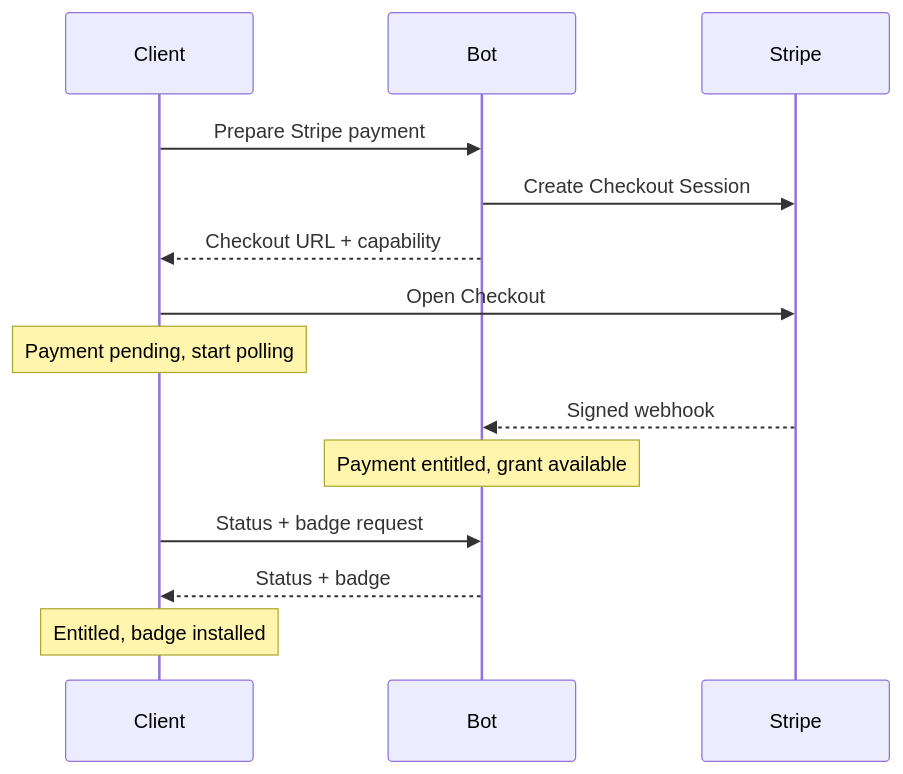
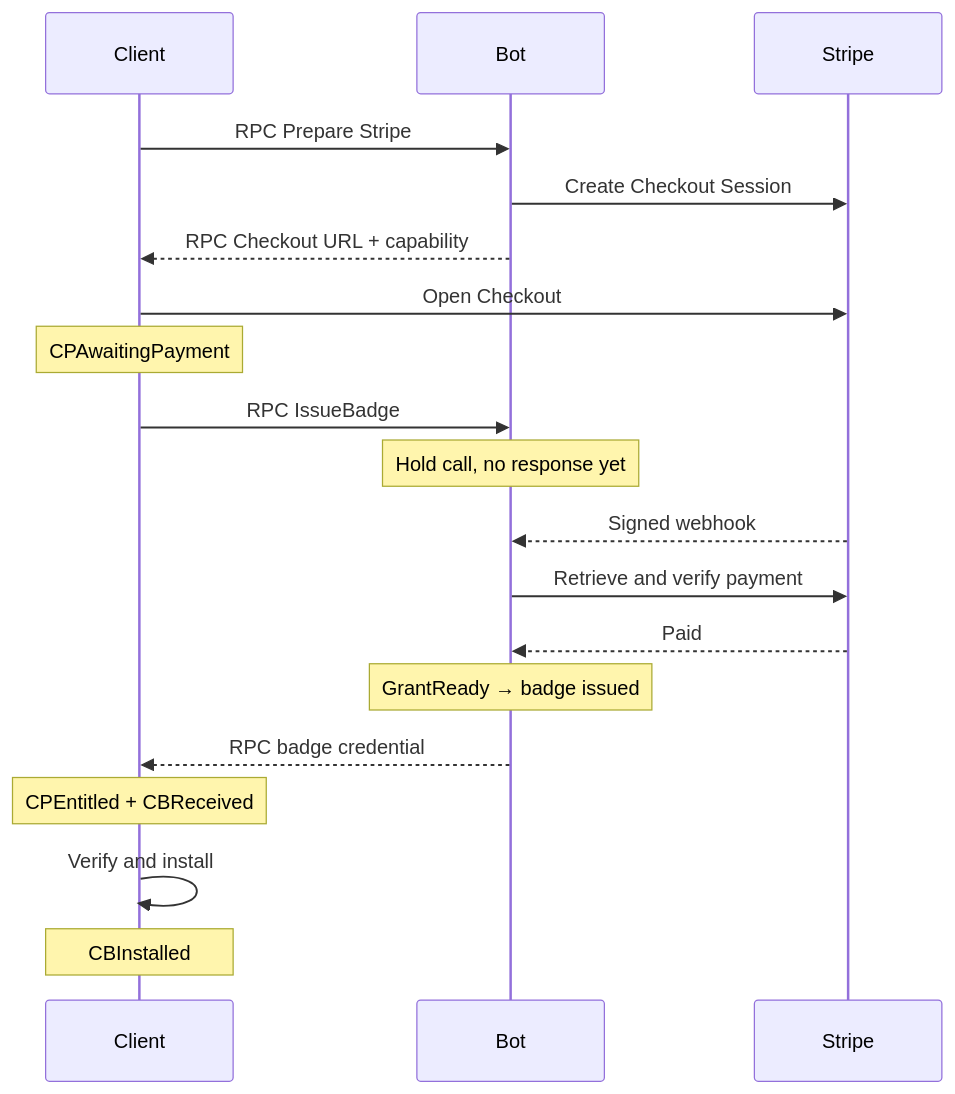
The seventh of 12 diagrams in plans/2026-07-20-supporter-badges-v2-product.md (simplex-chat/simplex-chat), drawn with Mermaid before and after one commit. The commit also changed other lines of this file and 1 other file, not shown here.

Commit message:
docs: make Stripe badge issuance event-driven

````diff
--- a/plans/2026-07-20-supporter-badges-v2-product.md
+++ b/plans/2026-07-20-supporter-badges-v2-product.md
@@ -206,16 +206,21 @@
 ```mermaid
 sequenceDiagram
   participant C as Client
   participant B as Bot
   participant S as Stripe
-  C->>B: Prepare Stripe payment
+  C->>B: RPC Prepare Stripe
   B->>S: Create Checkout Session
-  B-->>C: Checkout URL + capability
+  B-->>C: RPC Checkout URL + capability
   C->>S: Open Checkout
-  Note over C: Payment pending, start polling
+  Note over C: CPAwaitingPayment
+  C->>B: RPC IssueBadge
+  Note over B: Hold call, no response yet
   S-->>B: Signed webhook
-  Note over B: Payment entitled, grant available
-  C->>B: Status + badge request
-  B-->>C: Status + badge
-  Note over C: Entitled, badge installed
+  B->>S: Retrieve and verify payment
+  S-->>B: Paid
+  Note over B: GrantReady → badge issued
+  B-->>C: RPC badge credential
+  Note over C: CPEntitled + CBReceived
+  C->>C: Verify and install
+  Note over C: CBInstalled
 ```
````
